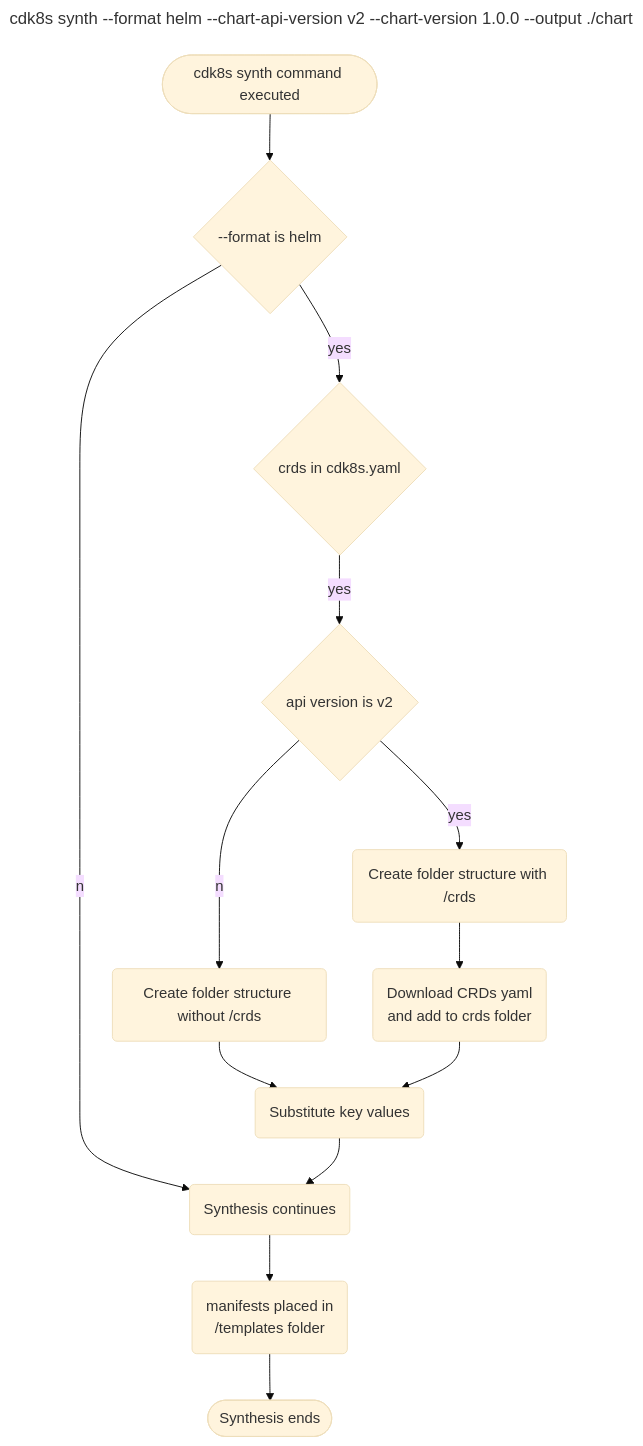
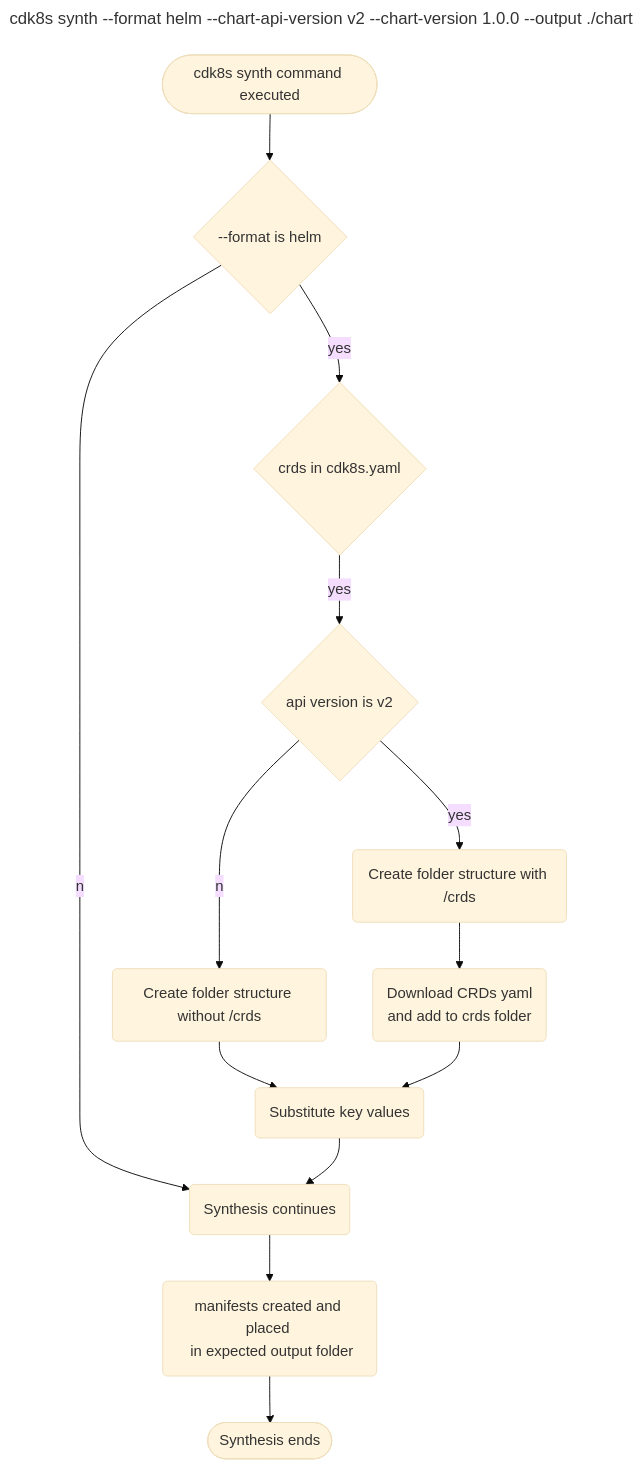
Before and after one commit to cdk8s-team/cdk8s: the diagram in rfc/helm-synthesis.md, drawn with Mermaid (base theme). The commit also changed other lines of this file, not shown here.

````diff
--- a/rfc/helm-synthesis.md
+++ b/rfc/helm-synthesis.md
@@ -142,19 +141,19 @@
 ```mermaid
 ---
 title: cdk8s synth --format helm --chart-api-version v2 --chart-version 1.0.0 --output ./chart
 ---
 flowchart TD
     A([cdk8s synth command executed])
     A --> B{--format is helm} 
     B --no--> C(Synthesis continues)
     B --yes--> D{crds in cdk8s.yaml}
     D --yes--> E{api version is v2}
     E --yes--> F(Create folder structure with /crds)
     E --no--> G(Create folder structure without /crds)
     G --> H(Substitute key values)
     F --> I(Download CRDs yaml \n and add to crds folder)
     I --> H
     H --> C
-    C --> J(manifests placed in \n /templates folder)
+    C --> J(manifests created and placed \n in expected output folder)
     J --> K([Synthesis ends])
 ```
````
